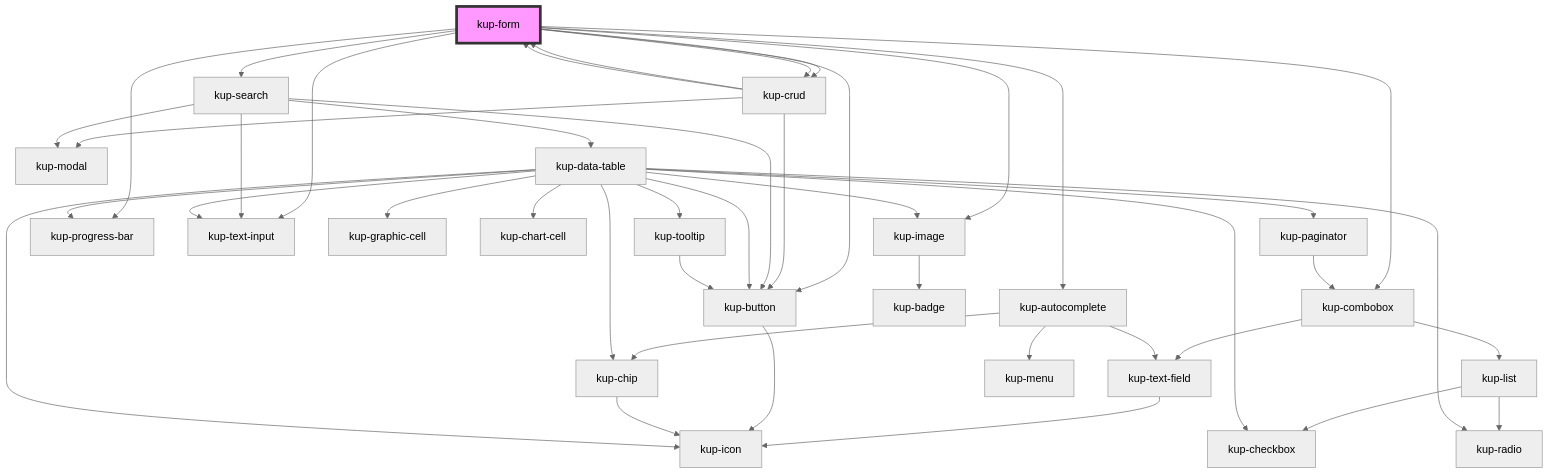
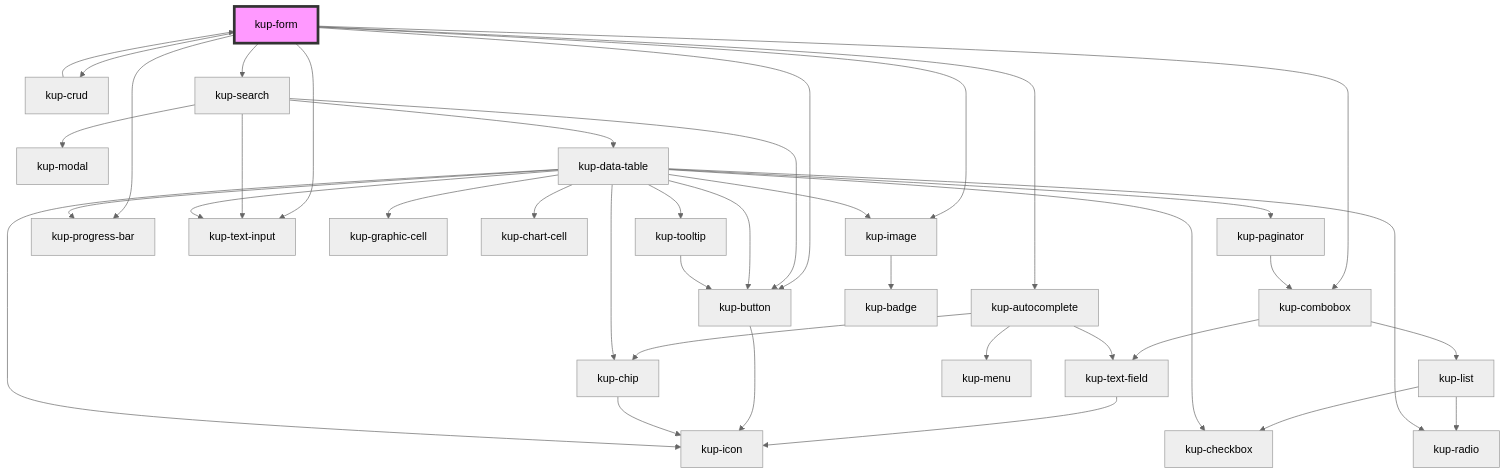
The diagram in packages/ketchup/src/components/kup-form/readme.md (smeup/ketchup), drawn with Mermaid (neutral theme) before and after one commit. The commit also changed other lines of this file and 14 other files, not shown here.

````diff
--- a/packages/ketchup/src/components/kup-form/readme.md
+++ b/packages/ketchup/src/components/kup-form/readme.md
@@ -132,46 +131,42 @@
 ```mermaid
 graph TD;
   kup-form --> kup-combobox
   kup-form --> kup-crud
   kup-form --> kup-autocomplete
   kup-form --> kup-search
   kup-form --> kup-image
   kup-form --> kup-progress-bar
   kup-form --> kup-text-input
   kup-form --> kup-button
-  kup-form --> kup-crud
   kup-combobox --> kup-text-field
   kup-combobox --> kup-list
   kup-text-field --> kup-icon
   kup-list --> kup-radio
   kup-list --> kup-checkbox
-  kup-crud --> kup-button
-  kup-crud --> kup-modal
-  kup-crud --> kup-form
   kup-crud --> kup-form
   kup-button --> kup-icon
   kup-autocomplete --> kup-chip
   kup-autocomplete --> kup-text-field
   kup-autocomplete --> kup-menu
   kup-chip --> kup-icon
   kup-search --> kup-text-input
   kup-search --> kup-button
   kup-search --> kup-modal
   kup-search --> kup-data-table
   kup-data-table --> kup-checkbox
   kup-data-table --> kup-text-input
   kup-data-table --> kup-icon
   kup-data-table --> kup-image
   kup-data-table --> kup-button
   kup-data-table --> kup-graphic-cell
   kup-data-table --> kup-chart-cell
   kup-data-table --> kup-progress-bar
   kup-data-table --> kup-radio
   kup-data-table --> kup-tooltip
   kup-data-table --> kup-paginator
   kup-data-table --> kup-chip
   kup-image --> kup-badge
   kup-tooltip --> kup-button
   kup-paginator --> kup-combobox
   style kup-form fill:#f9f,stroke:#333,stroke-width:4px
 ```
````
